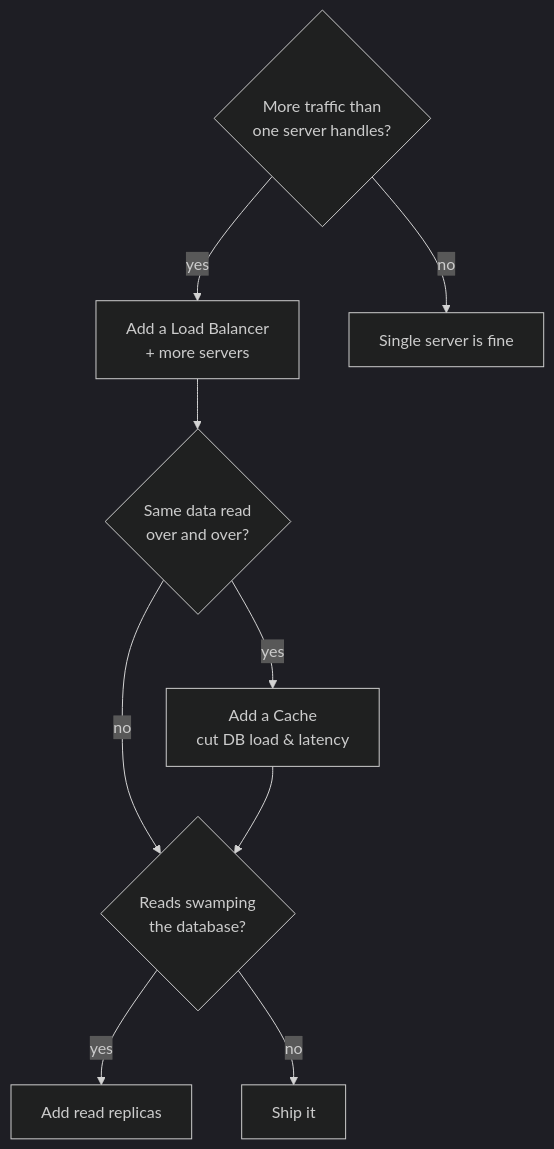
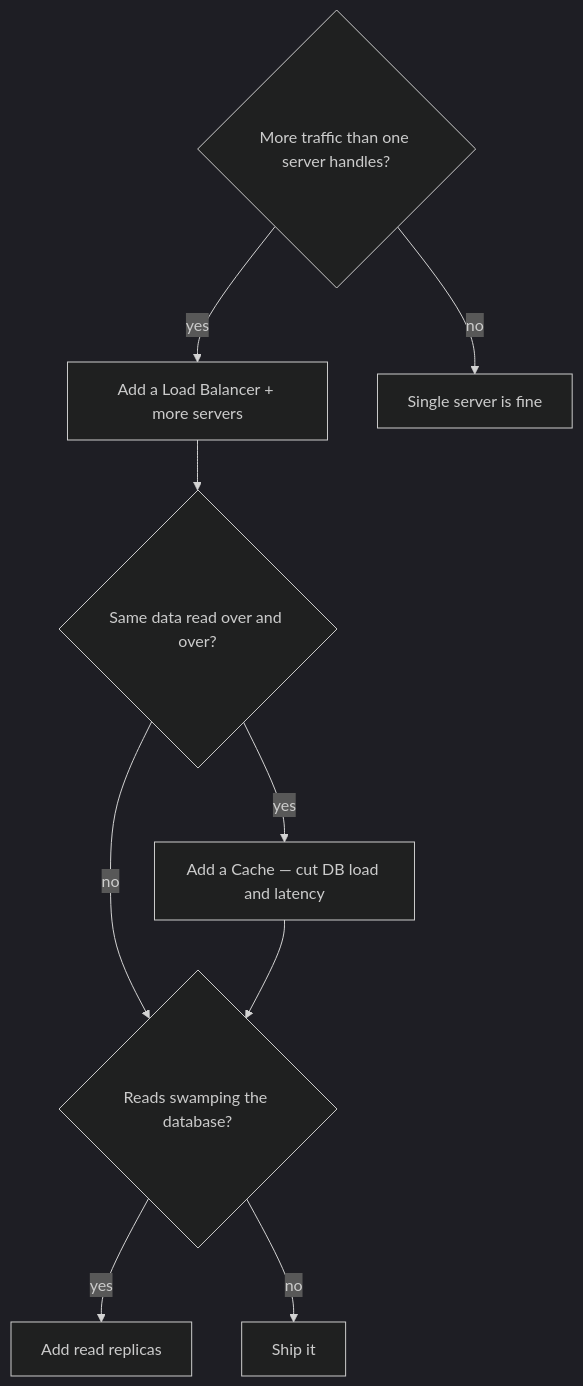
One commit to mohammad-mriesh-job/cortex changed the third of 3 diagrams in src/modules/system-design/content/01-foundations/02-request-lifecycle.md. Above: the diagram before and after it, drawn with Mermaid (dark theme). The commit also changed other lines of this file and 257 other files, not shown here.

````diff
--- a/src/modules/system-design/content/01-foundations/02-request-lifecycle.md
+++ b/src/modules/system-design/content/01-foundations/02-request-lifecycle.md
@@ -79,11 +95,11 @@
 ```mermaid
 flowchart TD
-  Q1{More traffic than<br/>one server handles?} -->|yes| LB[Add a Load Balancer<br/>+ more servers]
+  Q1{"More traffic than one server handles?"} -->|yes| LB["Add a Load Balancer + more servers"]
   Q1 -->|no| Single[Single server is fine]
-  LB --> Q2{Same data read<br/>over and over?}
-  Q2 -->|yes| Cache[Add a Cache<br/>cut DB load & latency]
+  LB --> Q2{"Same data read over and over?"}
+  Q2 -->|yes| Cache["Add a Cache — cut DB load and latency"]
   Q2 -->|no| Q3
-  Cache --> Q3{Reads swamping<br/>the database?}
+  Cache --> Q3{"Reads swamping the database?"}
   Q3 -->|yes| Rep[Add read replicas]
   Q3 -->|no| Done[Ship it]
 ```
````
